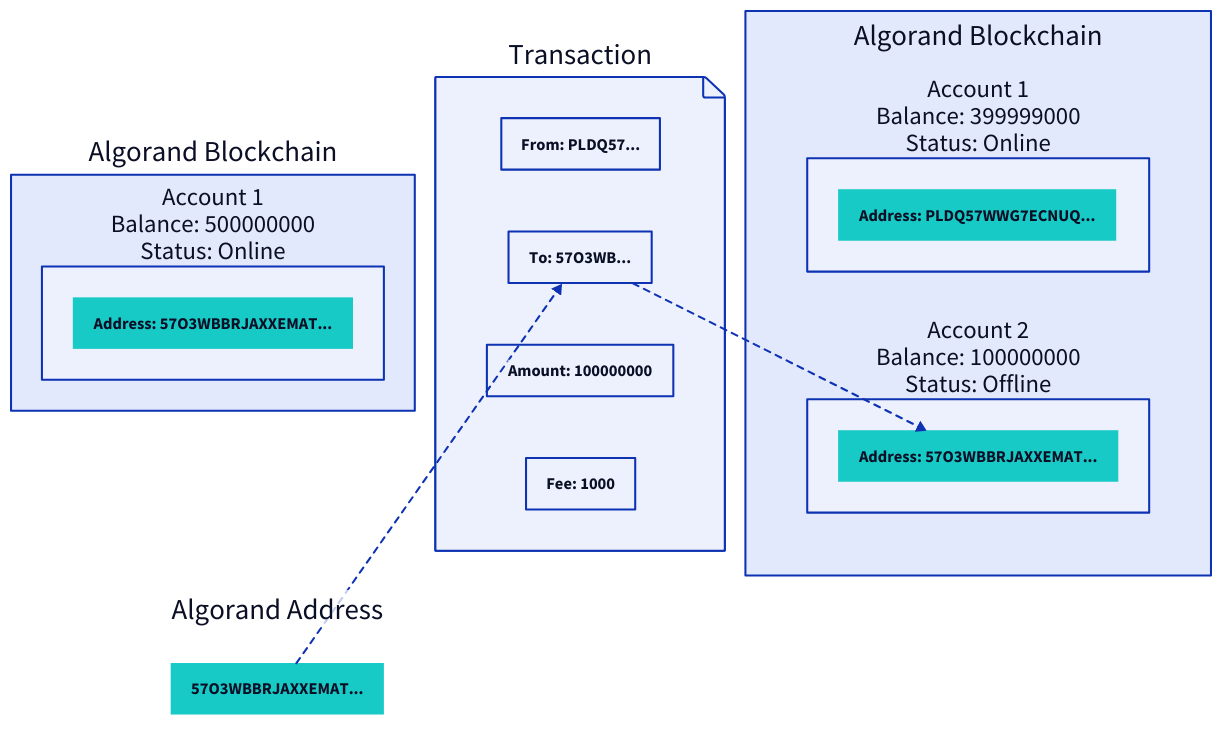
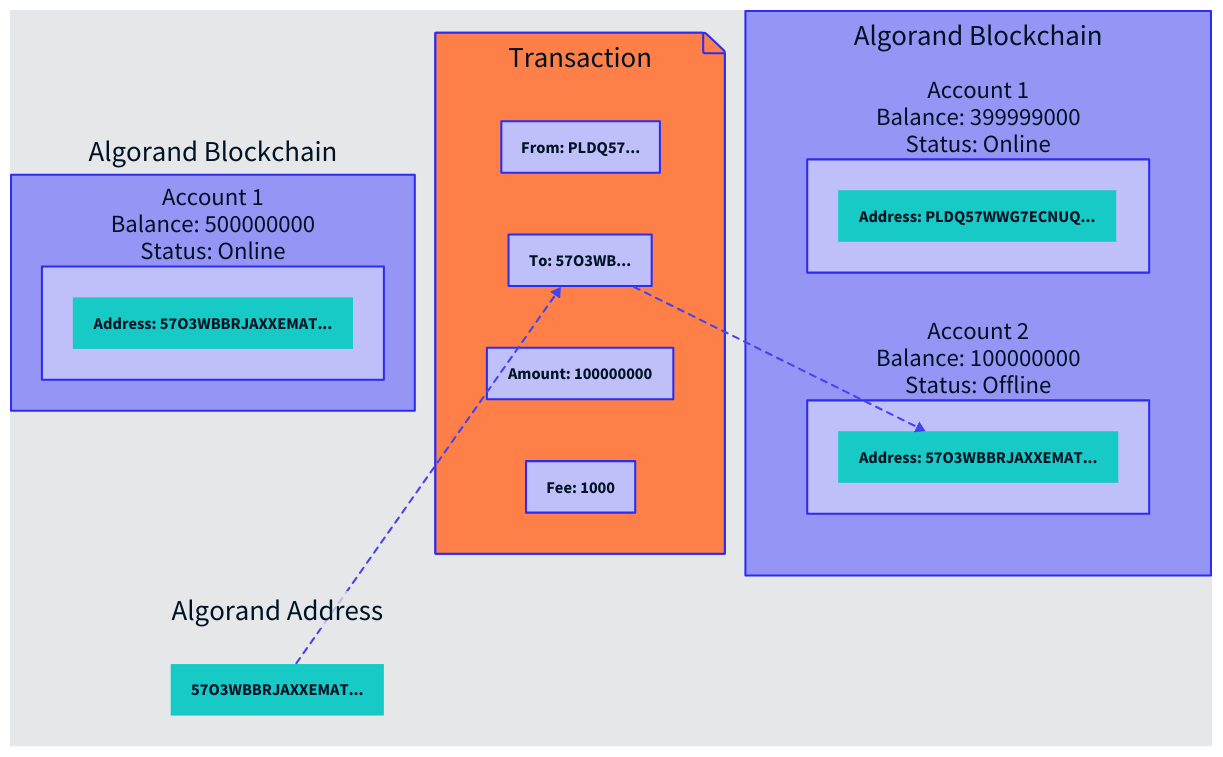
One commit to marilene38/devportal changed the diagram in src/assets/diagrams/d2/accounts-overview-initialize-account.d2. Above: the diagram before and after it, drawn with D2. The commit also changed 1 other file, not shown here.

Commit message:
Updated diagram theme

```diff
--- a/src/assets/diagrams/d2/accounts-overview-initialize-account.d2
+++ b/src/assets/diagrams/d2/accounts-overview-initialize-account.d2
@@ -1,94 +1,112 @@
 direction: right
 vars: {
   d2-config: {
     pad: 50
+    theme-overrides: {
+      N1: "#001324"
+      N2: "#192A39"
+      N4: "#4C5965"
+      N5: "#7F8991"
+      N7: "#E5E7E9"
+      B1: "#2D2DF1"
+      B2: "#4444ED"
+      B3: "#6C6CF1"
+      B4: "#9595F5"
+      B5: "#BFBFF9"
+      B6: "#E9E9FD"
+      AA4: "#FF7F48"
+      AA5: "#FF7F48"
+      AB4: "#FF7F48"
+      AB5: "#FF7F48"
+    }
   }
 }
 
 classes: {
   tealBox: {
     style: {
       fill: "#17CAC6"
       stroke-width: 0
     }
   }
 }
 leftBlockchain: {
   near: center-left
   shape: rectangle
   label: "Algorand Blockchain"
   account1: {
     shape: rectangle
     label: "Account 1\nBalance: 500000000\nStatus: Online"
     address: {
       height: 50
       label: "Address: 57O3WBBRJAXXEMAT..."
     }
     address.class: tealBox
   }
 }
 algorandAddress: Algorand Address {
   near: bottom-left
   style: {
     fill: transparent
     stroke-width: 0
   }
   address: {
     height: 50
     label: "57O3WBBRJAXXEMAT..."
   }
   address.class: tealBox
 }
 transaction: Transaction {
   shape: page
+  label.near: top-center
   from: {
     height: 50
     label: "From: PLDQ57..."
   }
   to: {
     height: 50
     label: "To: 57O3WB..."
   }
   amount: {
     height: 50
     label: "Amount: 100000000"
   }
   fee: {
     height: 50
     label: "Fee: 1000"
   }
 }
 rightBlockchain: {
   grid-columns: 1
   near: center-right
   shape: rectangle
   label: "Algorand Blockchain"
   account1: {
     shape: rectangle
     label: "Account 1\nBalance: 399999000\nStatus: Online"
     address: {
       height: 50
       label: "Address: PLDQ57WWG7ECNUQ..."
     }
     address.class: tealBox
   }
   account2: {
     shape: rectangle
     label: "Account 2\nBalance: 100000000\nStatus: Offline"
     address: {
       height: 50
       label: "Address: 57O3WBBRJAXXEMAT..."
     }
     address.class: tealBox
   }
 }
 algorandAddress.address -> transaction.to: {
   style: {
     stroke-dash: 3
   }
 }
 transaction.to -> rightBlockchain.account2.address: {
   style: {
     stroke-dash: 3
   }
 }
```
